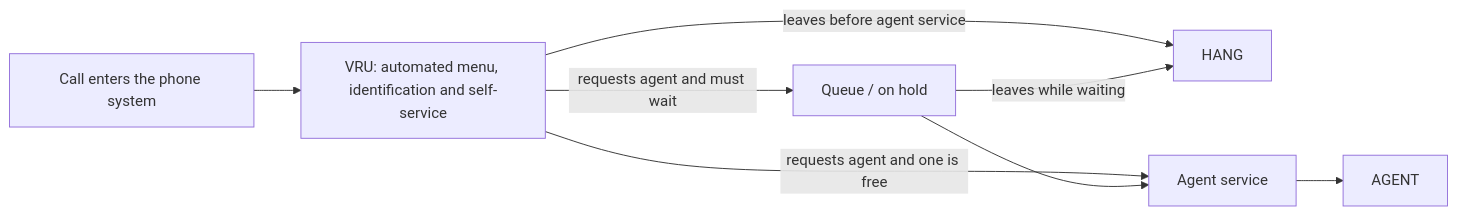
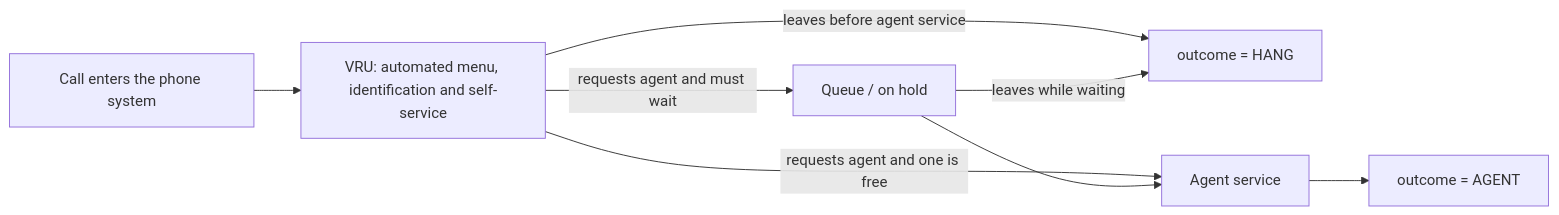
Before and after one commit to NaitsabesMue/stochastic-modeling-simulation-ds: the diagram in data/anonymousbank_data_guide.md, drawn with Mermaid. The commit also changed other lines of this file and 6 other files, not shown here.

````diff
--- a/data/anonymousbank_data_guide.md
+++ b/data/anonymousbank_data_guide.md
@@ -15,10 +15,10 @@
 ```mermaid
 flowchart LR
     A[Call enters the phone system] --> V[VRU: automated menu, identification and self-service]
-    V -->|leaves before agent service| H[HANG]
+    V -->|leaves before agent service| H[outcome = HANG]
     V -->|requests agent and one is free| S[Agent service]
     V -->|requests agent and must wait| Q[Queue / on hold]
     Q -->|leaves while waiting| H
     Q --> S
-    S --> G[AGENT]
+    S --> G[outcome = AGENT]
 ```
````
